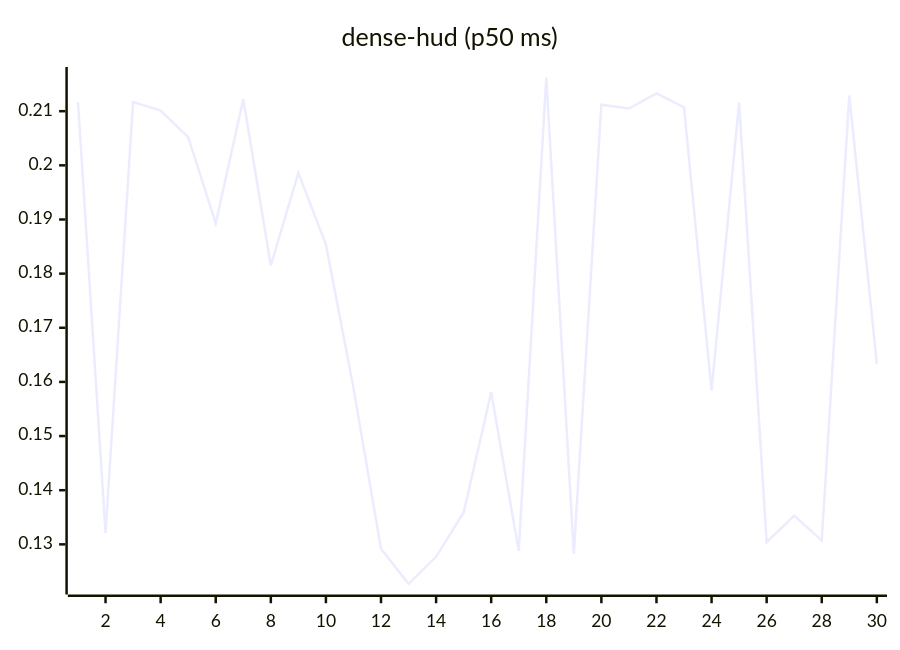
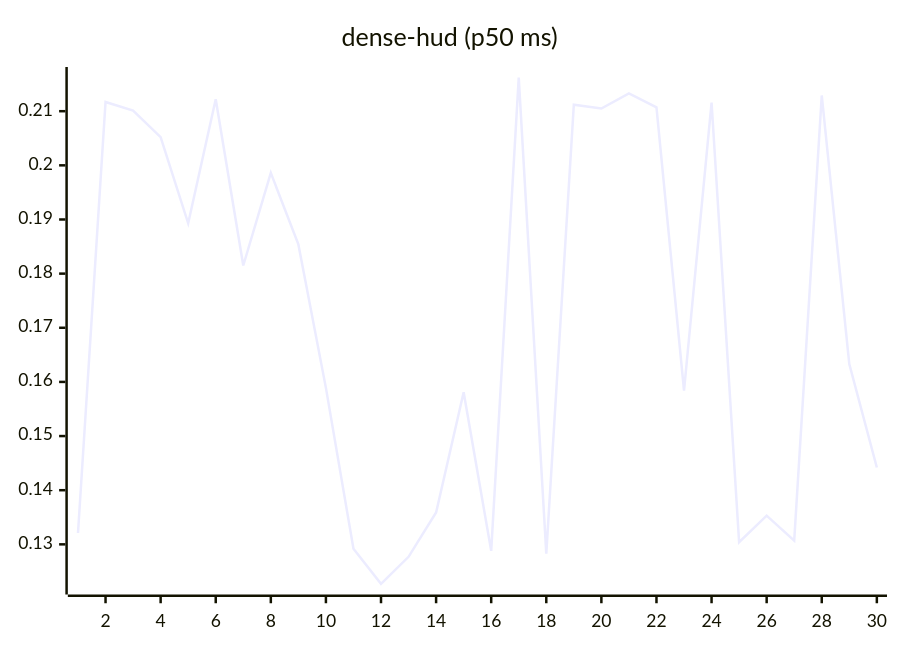
One commit to josha/Facet changed the eighth of 27 diagrams in README.md. Above: the diagram before and after it, drawn with Mermaid. The commit also changed other lines of this file and 2 other files, not shown here.

````diff
--- a/README.md
+++ b/README.md
@@ -112,6 +112,6 @@
 ```mermaid
 xychart-beta
     title "dense-hud (p50 ms)"
     x-axis 1 --> 30
-    line [0.2117, 0.1321, 0.2117, 0.2101, 0.2052, 0.1893, 0.2122, 0.1815, 0.1986, 0.1854, 0.1589, 0.1292, 0.1227, 0.1277, 0.1359, 0.1581, 0.1288, 0.2162, 0.1283, 0.2112, 0.2105, 0.2133, 0.2107, 0.1584, 0.2116, 0.1304, 0.1353, 0.1307, 0.2129, 0.1633]
+    line [0.1321, 0.2117, 0.2101, 0.2052, 0.1893, 0.2122, 0.1815, 0.1986, 0.1854, 0.1589, 0.1292, 0.1227, 0.1277, 0.1359, 0.1581, 0.1288, 0.2162, 0.1283, 0.2112, 0.2105, 0.2133, 0.2107, 0.1584, 0.2116, 0.1304, 0.1353, 0.1307, 0.2129, 0.1633, 0.1442]
 ```
````
